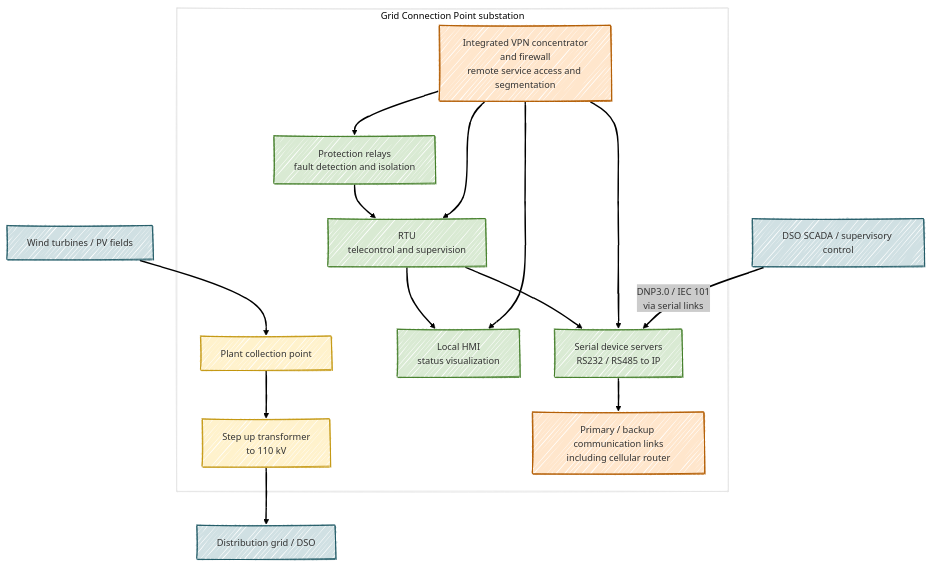
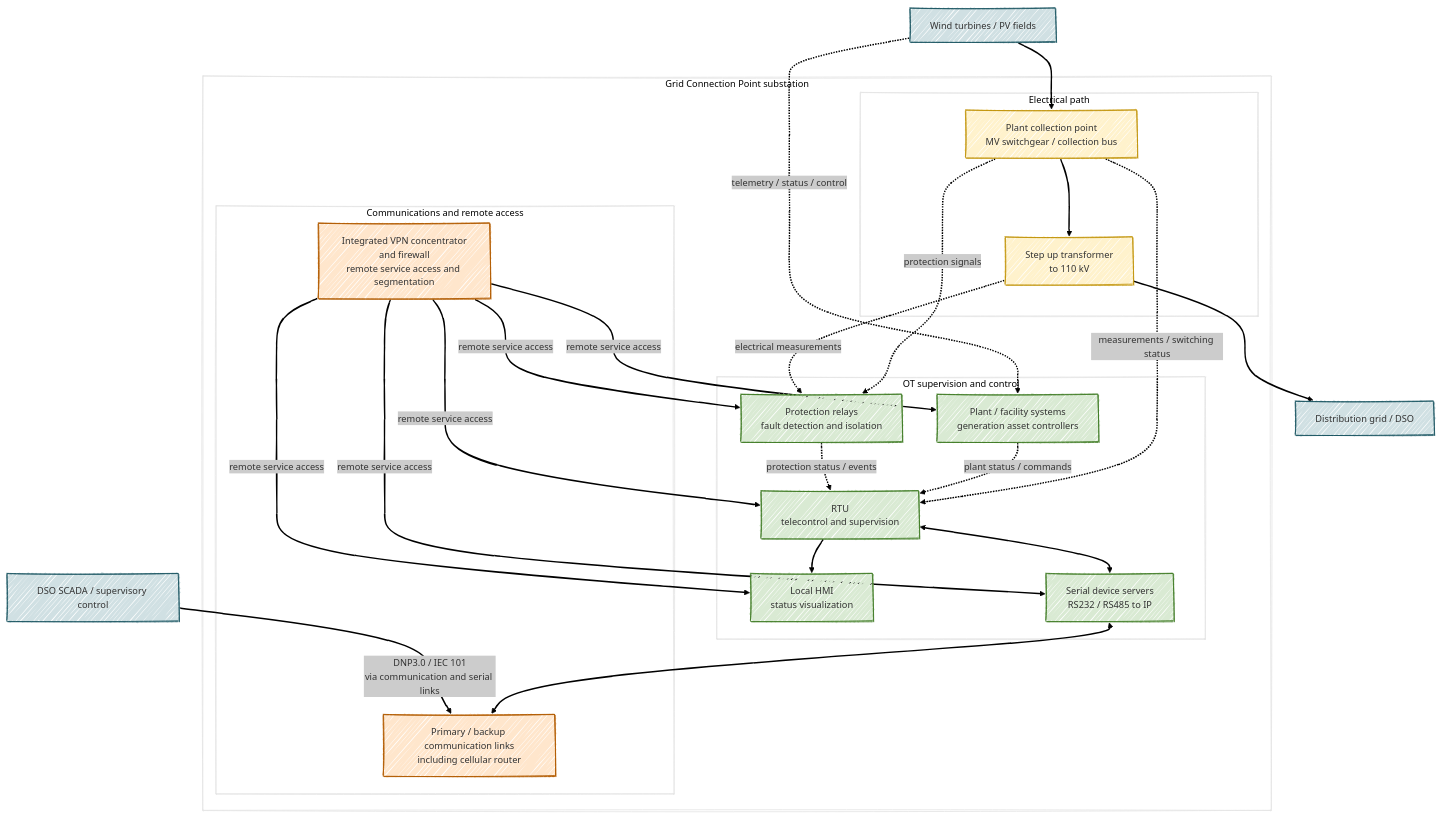
One commit to antomon/antomon.github.io changed the first of 4 diagrams in posts/poland-energy-sector-cyberattack-2025/index.qmd. Above: the diagram before and after it, drawn with Mermaid. The commit also changed 6 other files, not shown here.

````diff
--- a/posts/poland-energy-sector-cyberattack-2025/index.qmd
+++ b/posts/poland-energy-sector-cyberattack-2025/index.qmd
@@ -31,45 +31,63 @@
 ```{mermaid}
 %%| label: fig-renewable-gcp-architecture
-%%| fig-cap: Simplified architecture of the attacked renewable plant and its grid connection point, showing the main electrical, OT, communications, and remote access components described by CERT Polska.
-%%| fig-alt: Diagram of a renewable plant connected to the distribution grid through a grid connection point substation. The GCP contains a step up transformer, RTU, local HMI, protection relays, serial device servers, primary and backup communication links, and an integrated VPN concentrator and firewall. The DSO supervisory control system communicates with the GCP through DNP3.0 or IEC 101 serial links.
+%%| fig-cap: Simplified architecture of the attacked renewable plant and its grid connection point, showing the coupling between the electrical path, the OT supervision and control layer, communications links, and remote access components described by CERT Polska.
+%%| fig-alt: Diagram of a renewable plant connected to the distribution grid through a grid connection point substation. The electrical path runs from wind turbines or photovoltaic fields through a plant collection point and step up transformer to the distribution grid. The OT layer includes plant or facility systems, an RTU, local HMI, protection relays, serial device servers, primary and backup communication links, and an integrated VPN concentrator and firewall. The DSO supervisory control system communicates with the GCP through DNP3.0 or IEC 101 links.
 %%| fig-align: center
 %%{init: {"theme": "neo", "look": "handDrawn"}}%%
 
 flowchart TD
     A[Wind turbines / PV fields] --> B
 
     subgraph GCP["Grid Connection Point substation"]
-        B[Plant collection point]
-        C[Step up transformer<br/>to 110 kV]
-        E[RTU<br/>telecontrol and supervision]
-        F[Local HMI<br/>status visualization]
-        G[Protection relays<br/>fault detection and isolation]
-        H[Serial device servers<br/>RS232 / RS485 to IP]
-        I[Primary / backup communication links<br/>including cellular router]
-        J[Integrated VPN concentrator<br/>and firewall<br/>remote service access and segmentation]
+
+        subgraph ELEC["Electrical path"]
+            B[Plant collection point<br/>MV switchgear / collection bus]
+            C[Step up transformer<br/>to 110 kV]
+        end
+
+        subgraph OT["OT supervision and control"]
+            P[Plant / facility systems<br/>generation asset controllers]
+            E[RTU<br/>telecontrol and supervision]
+            F[Local HMI<br/>status visualization]
+            G[Protection relays<br/>fault detection and isolation]
+            H[Serial device servers<br/>RS232 / RS485 to IP]
+        end
+
+        subgraph COMM["Communications and remote access"]
+            I[Primary / backup communication links<br/>including cellular router]
+            J[Integrated VPN concentrator<br/>and firewall<br/>remote service access and segmentation]
+        end
     end
 
     B --> C
     C --> D[Distribution grid / DSO]
 
+    A -. telemetry / status / control .-> P
+    B -. measurements / switching status .-> E
+    B -. protection signals .-> G
+    C -. electrical measurements .-> G
+
+    P -. plant status / commands .-> E
+    G -. protection status / events .-> E
     E --> F
-    G --> E
-    E --> H
-    H --> I
-    J --> E
-    J --> F
-    J --> G
-    J --> H
+    E <--> H
+    H <--> I
 
-    K[DSO SCADA / supervisory control] -->|DNP3.0 / IEC 101<br/>via serial links| H
+    J -->|remote service access| P
+    J -->|remote service access| E
+    J -->|remote service access| F
+    J -->|remote service access| G
+    J -->|remote service access| H
+
+    K[DSO SCADA / supervisory control] -->|DNP3.0 / IEC 101<br/>via communication and serial links| I
 
     classDef edge fill:#ffe6cc,stroke:#b45f06,stroke-width:1.5px;
     classDef ot fill:#d9ead3,stroke:#38761d,stroke-width:1.2px;
     classDef elec fill:#fff2cc,stroke:#bf9000,stroke-width:1.2px;
     classDef ext fill:#d0e0e3,stroke:#134f5c,stroke-width:1.2px;
 
     class I,J edge;
-    class E,F,G,H ot;
+    class P,E,F,G,H ot;
     class B,C elec;
     class A,D,K ext;
 ```
````
